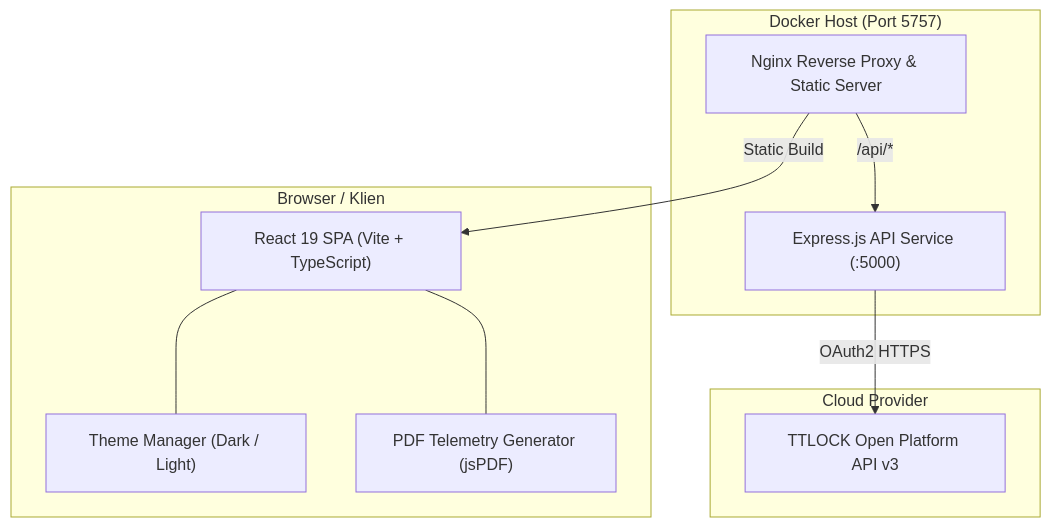
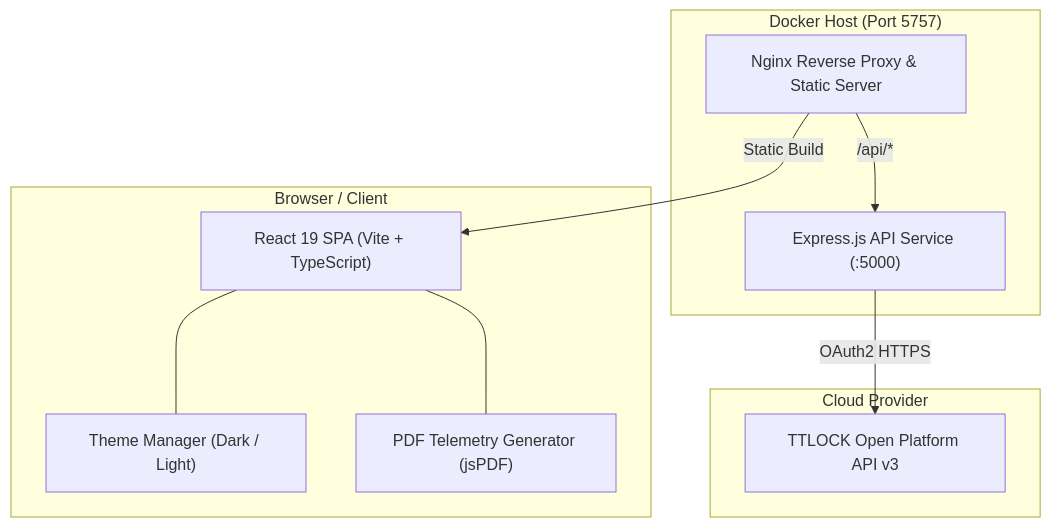
One commit to helmipradita/ttlock-dashboard changed the diagram in README.md. Above: the diagram before and after it, drawn with Mermaid. The commit also changed other lines of this file and 11 other files, not shown here.

````diff
--- a/README.md
+++ b/README.md
@@ -44,22 +44,22 @@
 ```mermaid
 graph TB
-    subgraph Klien["Browser / Klien"]
+    subgraph Client["Browser / Client"]
         UI["React 19 SPA (Vite + TypeScript)"]
         Theme["Theme Manager (Dark / Light)"]
         PdfGen["PDF Telemetry Generator (jsPDF)"]
         UI --- Theme
         UI --- PdfGen
     end
 
     subgraph Docker["Docker Host (Port 5757)"]
         Nginx["Nginx Reverse Proxy & Static Server"]
         Backend["Express.js API Service (:5000)"]
         Nginx -->|"/api/*"| Backend
         Nginx -->|"Static Build"| UI
     end
 
     subgraph External["Cloud Provider"]
         TTLock["TTLOCK Open Platform API v3"]
         Backend -->|"OAuth2 HTTPS"| TTLock
     end
 ```
````
